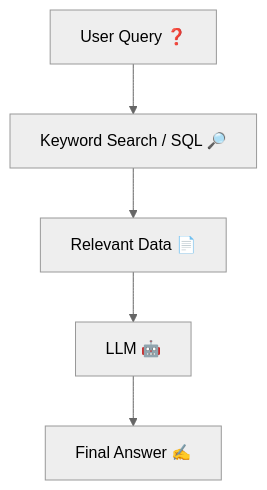
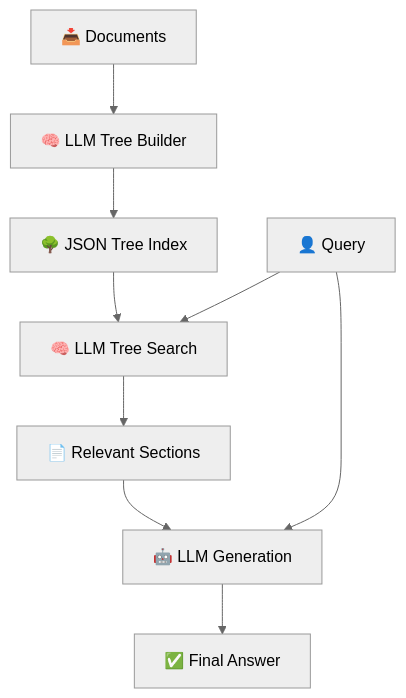
The first of 2 diagrams in 0002_Data_and_RAG/0006. Vector-less RAG.md (bharathsp/genai-portfolio), drawn with Mermaid (neutral theme) before and after one commit. The commit also changed other lines of this file, not shown here.

````diff
--- a/0002_Data_and_RAG/0006. Vector-less RAG.md
+++ b/0002_Data_and_RAG/0006. Vector-less RAG.md
@@ -56,7 +116,14 @@
-```mermaid id="n9r3k1"
+```mermaid id="vless1"
 flowchart TD
-    A[User Query ❓] --> B[Keyword Search / SQL 🔎]
-    B --> C[Relevant Data 📄]
-    C --> D[LLM 🤖]
-    D --> E[Final Answer ✍️]
+    A[📥 Documents] --> B[🧠 LLM Tree Builder]
+    B --> C[🌳 JSON Tree Index]
+    
+    Q[👤 Query] --> D[🧠 LLM Tree Search]
+    C --> D
+    
+    D --> E[📄 Relevant Sections]
+    E --> F[🤖 LLM Generation]
+    Q --> F
+    
+    F --> G[✅ Final Answer]
 ```
````
